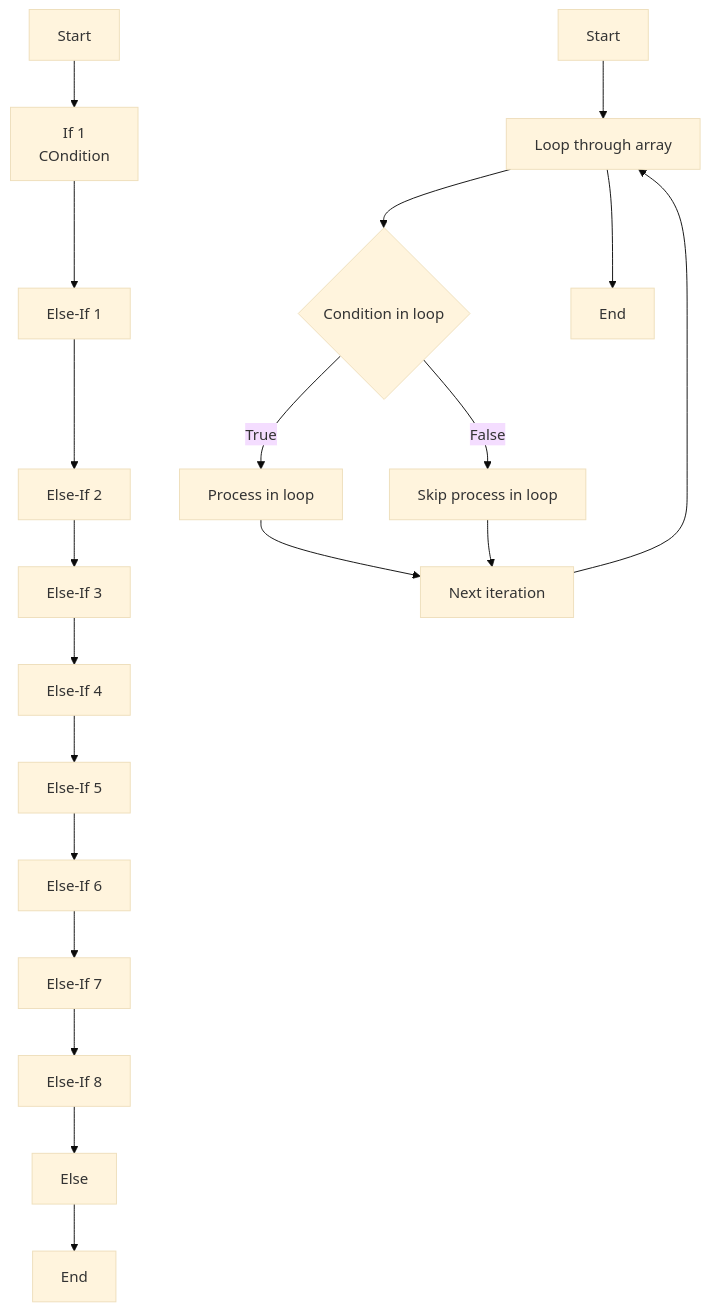
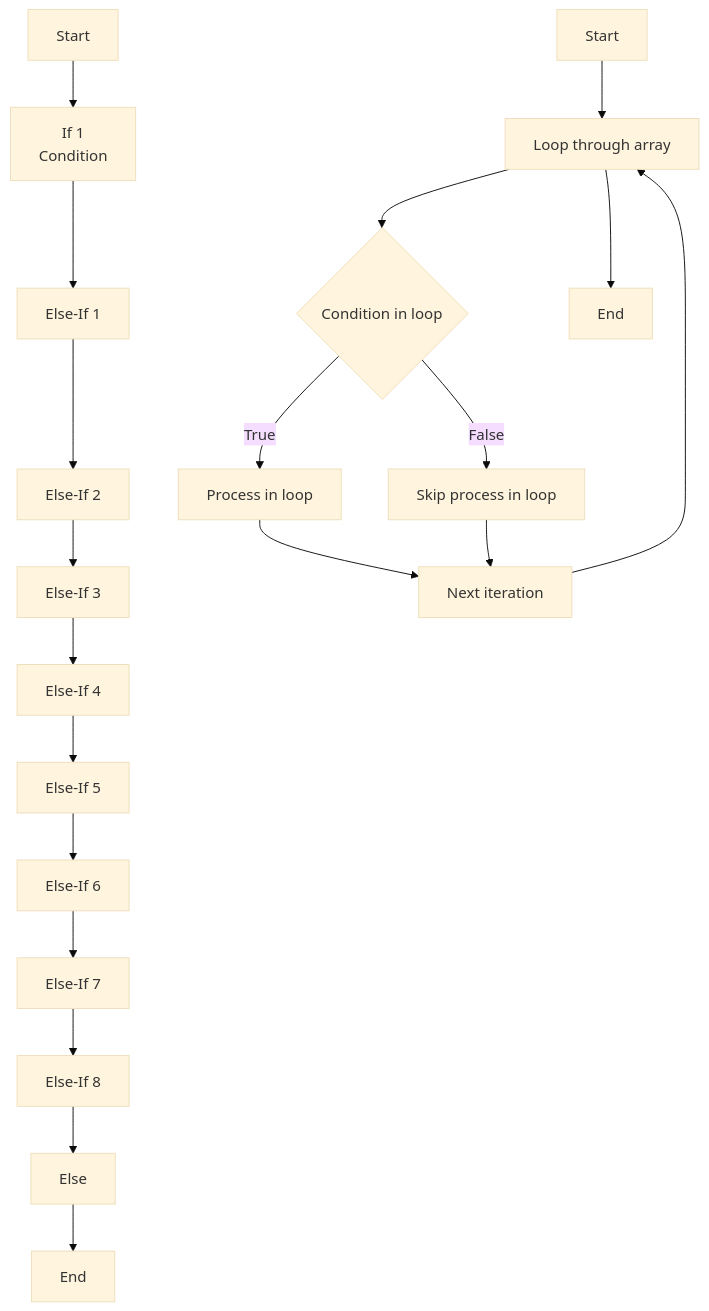
The third of 3 diagrams in daily/2023-05-13.md (Alex-Rafter/wiki), drawn with Mermaid (base theme) before and after one commit.

````diff
--- a/daily/2023-05-13.md
+++ b/daily/2023-05-13.md
@@ -80,28 +80,28 @@
 ```mermaid
 
 flowchart TD
 A[Start] --> B["If 1
-COndition
+Condition
 "]
 B --> C[Else-If 1]
 C --> D[Else-If 2]
 D --> E[Else-If 3]
 E --> F[Else-If 4]
 F --> G[Else-If 5]
 G --> H[Else-If 6]
 H --> I[Else-If 7]
 I --> J[Else-If 8]
 J --> K[Else]
 K --> L[End]
 
 
 M[Start] --> N[Loop through array]
 N --> O{Condition in loop}
 O -- True --> P[Process in loop]
 O -- False --> Q[Skip process in loop]
 P --> R[Next iteration]
 Q --> R
 R --> N
 N --> S[End]
 
 ```
````
